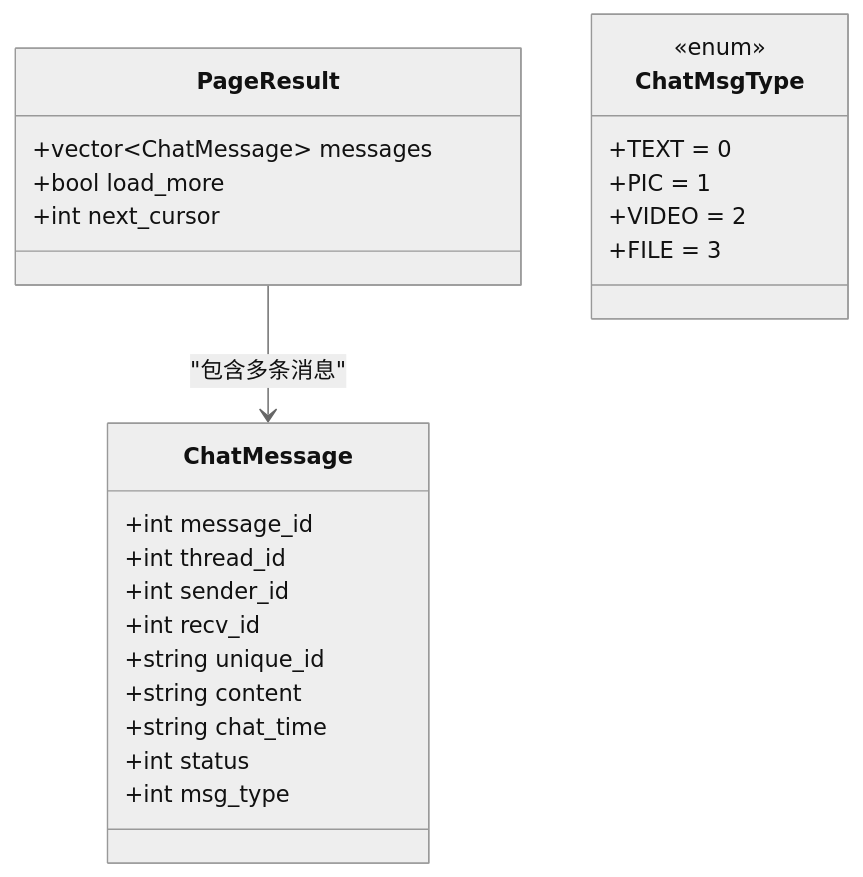
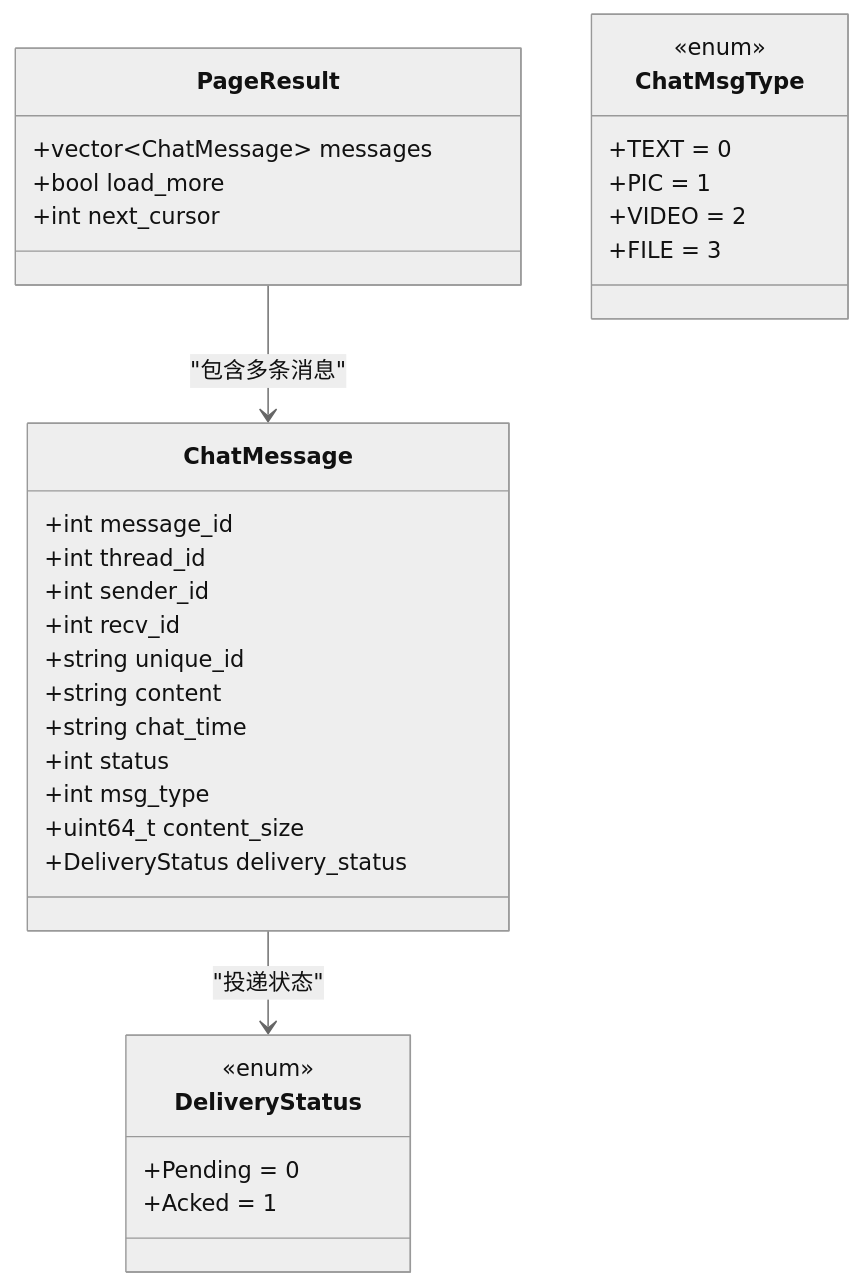
The third of 8 diagrams in .qoder/repowiki/zh/content/数据库设计/数据库表结构/聊天消息表(chat_message).md (echo9923/mychatter), drawn with Mermaid (neutral theme) before and after one commit. The commit also changed other lines of this file and 54 other files, not shown here.

````diff
--- a/.qoder/repowiki/zh/content/数据库设计/数据库表结构/聊天消息表(chat_message).md
+++ b/.qoder/repowiki/zh/content/数据库设计/数据库表结构/聊天消息表(chat_message).md
@@ -131,27 +152,35 @@
 ```mermaid
 classDiagram
 class ChatMessage {
 +int message_id
 +int thread_id
 +int sender_id
 +int recv_id
 +string unique_id
 +string content
 +string chat_time
 +int status
 +int msg_type
++uint64_t content_size
++DeliveryStatus delivery_status
+}
+class DeliveryStatus {
+<<enum>>
++Pending = 0
++Acked = 1
 }
 class PageResult {
 +vector~ChatMessage~ messages
 +bool load_more
 +int next_cursor
 }
 class ChatMsgType {
 <<enum>>
 +TEXT = 0
 +PIC = 1
 +VIDEO = 2
 +FILE = 3
 }
 PageResult --> ChatMessage : "包含多条消息"
+ChatMessage --> DeliveryStatus : "投递状态"
 ```
````
